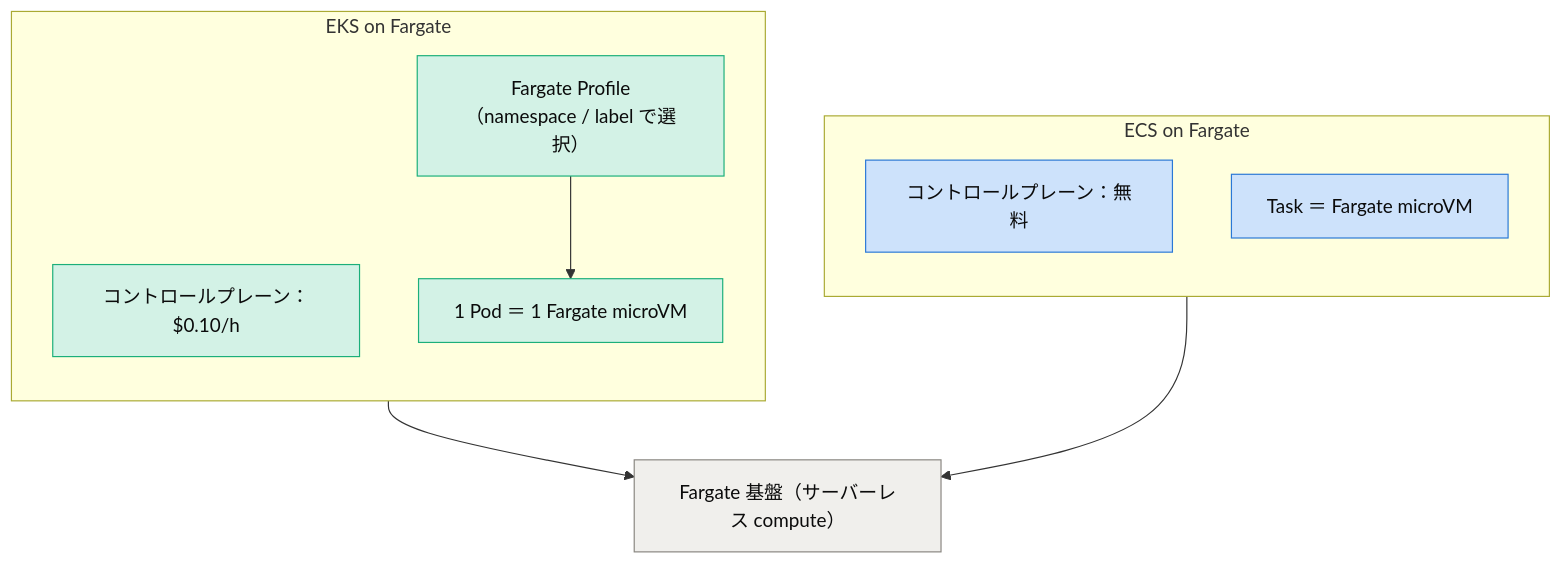
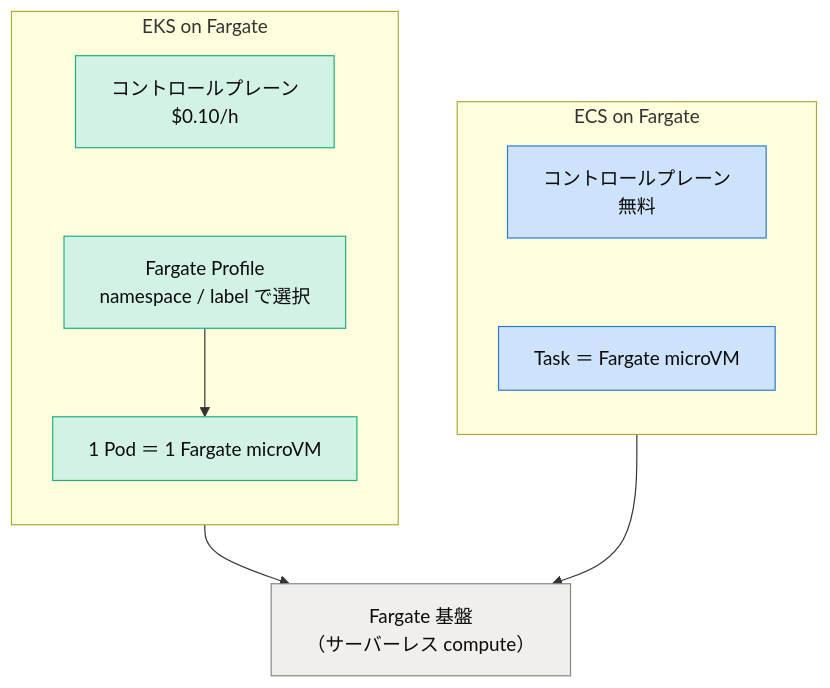
The tenth of 13 diagrams in public/ecs-vs-kubernetes.md (keitahigaki-prog/qiita-articles), drawn with Mermaid before and after one commit. The commit also changed other lines of this file, not shown here.

First line of the commit message:
Fix text/box overlap in diagrams (verified by rendering)

````diff
--- a/public/ecs-vs-kubernetes.md
+++ b/public/ecs-vs-kubernetes.md
@@ -364,24 +358,21 @@
 ```mermaid
 flowchart TB
   subgraph ECSF["ECS on Fargate"]
     direction TB
-    ECP["コントロールプレーン：無料"]
-    ET["Task ＝ Fargate microVM"]
+    ECP["コントロールプレーン<br/>無料"] ~~~ ET["Task ＝ Fargate microVM"]
   end
   subgraph EKSF["EKS on Fargate"]
     direction TB
-    KCP["コントロールプレーン：$0.10/h"]
-    KProf["Fargate Profile<br/>（namespace / label で選択）"]
-    KP["1 Pod ＝ 1 Fargate microVM"]
-    KProf --> KP
+    KCP["コントロールプレーン<br/>$0.10/h"] ~~~ KProf["Fargate Profile<br/>namespace / label で選択"]
+    KProf --> KP["1 Pod ＝ 1 Fargate microVM"]
   end
-  FG["Fargate 基盤（サーバーレス compute）"]
+  FG["Fargate 基盤<br/>（サーバーレス compute）"]
   ET --> FG
   KP --> FG
   classDef ecs fill:#cde2fb,stroke:#2a78d6,color:#0b0b0b;
   classDef k8s fill:#d3f2e6,stroke:#1baf7a,color:#0b0b0b;
   classDef neutral fill:#f0efec,stroke:#898781,color:#0b0b0b;
   class ECP,ET ecs;
   class KCP,KProf,KP k8s;
   class FG neutral;
 ```
````
